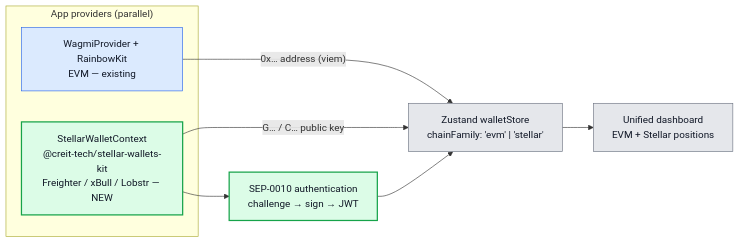
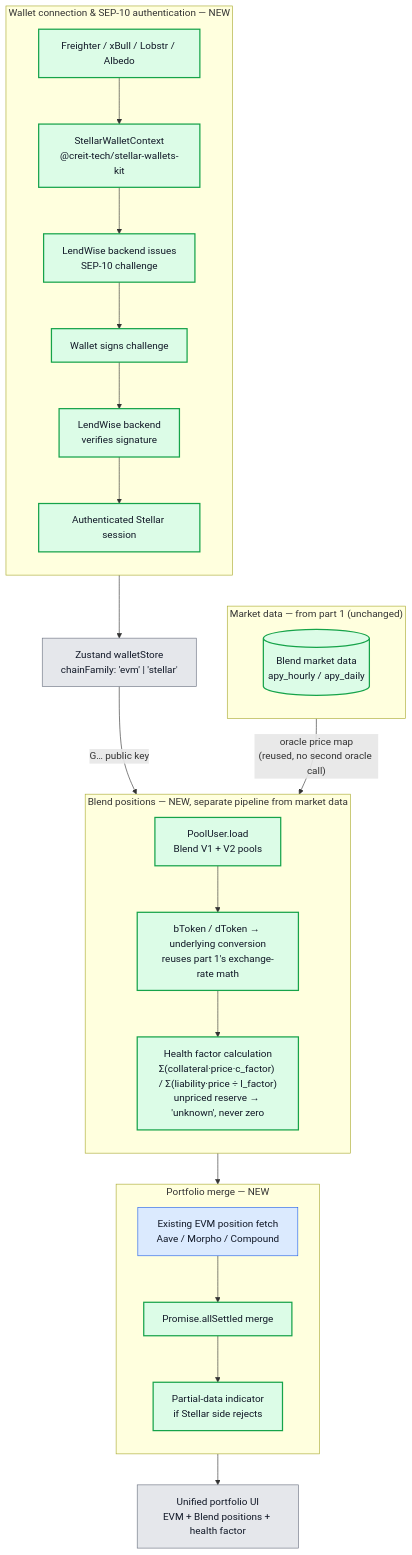
Before and after one commit to cedricmagne/lendwise: the third of 6 diagrams in docs/architecture-stellar-integration.md, drawn with Mermaid. The commit also changed other lines of this file and 1 other file, not shown here.

Commit message:
chore: update architecture stellar & bland diagram

````diff
--- a/docs/architecture-stellar-integration.md
+++ b/docs/architecture-stellar-integration.md
@@ -134,20 +146,49 @@
 ```mermaid
-flowchart LR
-    subgraph Providers["App providers (parallel)"]
-        Wagmi["WagmiProvider + RainbowKit<br/>EVM — existing"]
-        StellarKit["StellarWalletContext<br/>@creit-tech/stellar-wallets-kit<br/>Freighter / xBull / Lobstr — NEW"]
+flowchart TD
+    subgraph Auth["Wallet connection & SEP-10 authentication — NEW"]
+        direction TB
+        Wallets["Freighter / xBull / Lobstr / Albedo"] --> StellarKit["StellarWalletContext<br/>@creit-tech/stellar-wallets-kit"]
+        StellarKit --> Challenge["LendWise backend issues<br/>SEP-10 challenge"]
+        Challenge --> Sign["Wallet signs challenge"]
+        Sign --> Verify["LendWise backend<br/>verifies signature"]
+        Verify --> Session["Authenticated Stellar session"]
     end
 
-    StellarKit --> Auth["SEP-0010 authentication<br/>challenge → sign → JWT"]
-    Wagmi -->|"0x… address (viem)"| Store["Zustand walletStore<br/>chainFamily: 'evm' | 'stellar'"]
-    StellarKit -->|"G… / C… public key"| Store
-    Auth --> Store
-    Store --> Dashboard["Unified dashboard<br/>EVM + Stellar positions"]
+    Session --> Store["Zustand walletStore<br/>chainFamily: 'evm' | 'stellar'"]
+
+    subgraph MarketData["Market data — from part 1 (unchanged)"]
+        direction TB
+        BlendMarket[("Blend market data<br/>apy_hourly / apy_daily")]
+    end
+
+    subgraph Positions["Blend positions — NEW, separate pipeline from market data"]
+        direction TB
+        PoolUser["PoolUser.load<br/>Blend V1 + V2 pools"]
+        Convert["bToken / dToken → underlying conversion<br/>reuses part 1's exchange-rate math"]
+        Health["Health factor calculation<br/>Σ(collateral·price·c_factor) / Σ(liability·price ÷ l_factor)<br/>unpriced reserve → 'unknown', never zero"]
+        PoolUser --> Convert --> Health
+    end
+
+    Store -->|"G… public key"| PoolUser
+    BlendMarket -->|"oracle price map<br/>(reused, no second oracle call)"| Health
+
+    subgraph Merge["Portfolio merge — NEW"]
+        direction TB
+        EvmPositions["Existing EVM position fetch<br/>Aave / Morpho / Compound"]
+        Allsettled["Promise.allSettled merge"]
+        Degrade["Partial-data indicator<br/>if Stellar side rejects"]
+        EvmPositions --> Allsettled
+        Health --> Allsettled
+        Allsettled --> Degrade
+    end
+
+    Degrade --> Portfolio["Unified portfolio UI<br/>EVM + Blend positions + health factor"]
 
     classDef core fill:#e5e7eb,stroke:#6b7280,color:#111827;
     classDef evm fill:#dbeafe,stroke:#2563eb,color:#111827;
     classDef stellar fill:#dcfce7,stroke:#16a34a,color:#111827,stroke-width:2px;
-    class Store,Dashboard core;
-    class Wagmi evm;
-    class StellarKit,Auth stellar;
+
+    class Store,Portfolio core;
+    class EvmPositions evm;
+    class Wallets,StellarKit,Challenge,Sign,Verify,Session,PoolUser,Convert,Health,BlendMarket,Allsettled,Degrade stellar;
 ```
````
